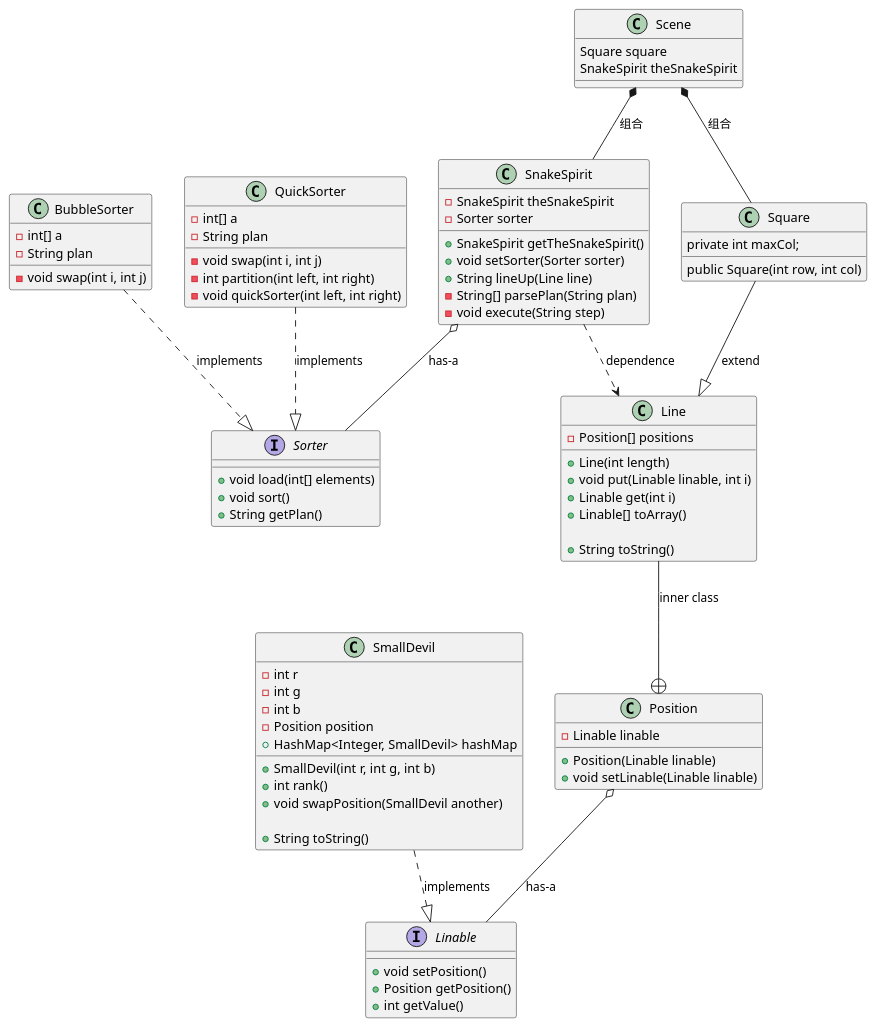
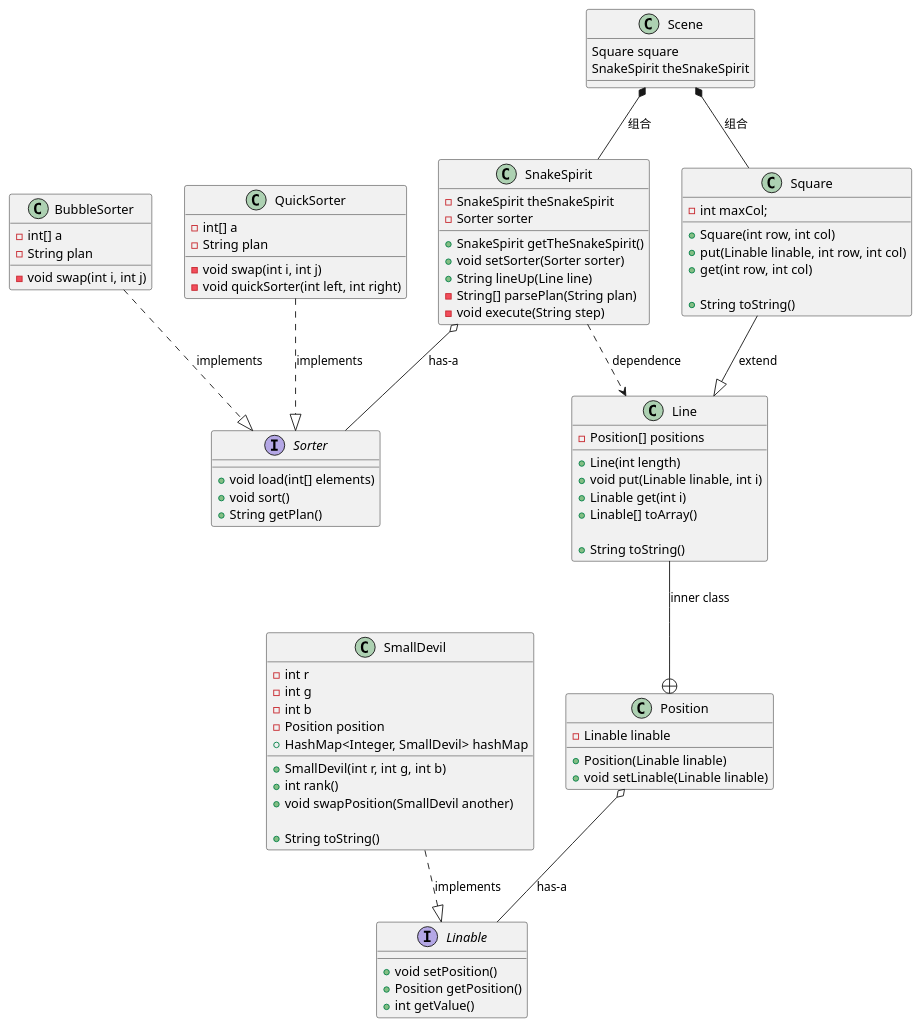
The diagram in j02/characters3.pu (JOJO-Young/PUBLIC), drawn with PlantUML before and after one commit. The commit also changed 1 other file, not shown here.

```diff
--- a/j02/characters3.pu
+++ b/j02/characters3.pu
@@ -1,100 +1,105 @@
 @startuml
 class Line{
 
     -Position[] positions
 
     +Line(int length)
     +void put(Linable linable, int i)
     +Linable get(int i)
     +Linable[] toArray()
 
     +String toString()
 }
 
 Class Position{
 
     -Linable linable
 
     +Position(Linable linable)
     +void setLinable(Linable linable)
 }
 
 Interface Linable{
     
     +void setPosition()
     +Position getPosition()
     +int getValue()
 }
 
 Interface Sorter{
     
     +void load(int[] elements)
     +void sort()
     +String getPlan()
 }
 Class SmallDevil{
 
     -int r
     -int g
     -int b
     -Position position
     +HashMap<Integer, SmallDevil> hashMap
 
     +SmallDevil(int r, int g, int b)
     +int rank()
     +void swapPosition(SmallDevil another)
 
     +String toString()
 }
 
 Class BubbleSorter{
 
     -int[] a
     -String plan
 
     -void swap(int i, int j)
 }
 
 Class QuickSorter{
+
     -int[] a
     -String plan
     
     -void swap(int i, int j)
-    -int partition(int left, int right)
     -void quickSorter(int left, int right)
 }
  
 Class SnakeSpirit{
 
     -SnakeSpirit theSnakeSpirit
     -Sorter sorter
     
     +SnakeSpirit getTheSnakeSpirit()
     +void setSorter(Sorter sorter)
     +String lineUp(Line line)
     -String[] parsePlan(String plan)
     -void execute(String step)
 }
 
 Class Scene{
+
     Square square 
     SnakeSpirit theSnakeSpirit
 }
 
 Class Square{
 
-    private int maxCol;
+    -int maxCol;
 
-    public Square(int row, int col)
+    +Square(int row, int col)
+    +put(Linable linable, int row, int col)
+    +get(int row, int col)
+
+    +String toString()
 }
 Square --|> Line : extend
 Scene *-- Square : 组合
 Scene *-- SnakeSpirit : 组合
 SnakeSpirit ..> Line : dependence
 Line --+ Position: inner class
 SmallDevil ..|> Linable : implements
 BubbleSorter ..|> Sorter : implements
 QuickSorter ..|> Sorter : implements
 Position o-- Linable : has-a
 SnakeSpirit o-- Sorter : has-a
 @enduml
```
